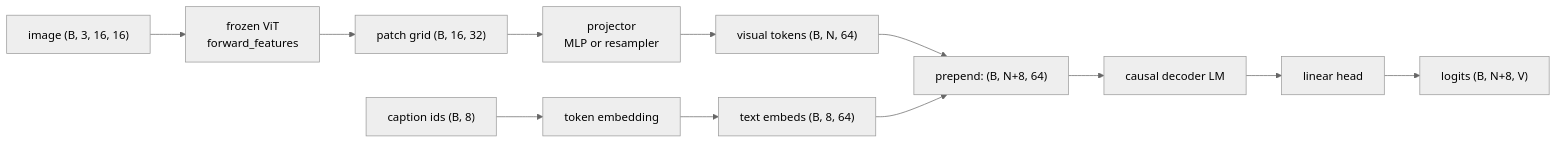
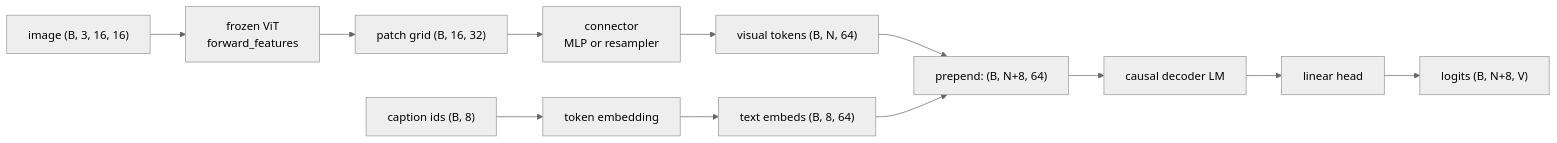
One commit to tanmaniac/nanovision changed the diagram in assignments/a08_vlm/README.md. Above: the diagram before and after it, drawn with Mermaid (neutral theme). The commit also changed other lines of this file and 3 other files, not shown here.

````diff
--- a/assignments/a08_vlm/README.md
+++ b/assignments/a08_vlm/README.md
@@ -40,14 +175,14 @@
 ```mermaid
 flowchart LR
     IMG["image (B, 3, 16, 16)"] --> VIT["frozen ViT<br/>forward_features"]
     VIT --> F["patch grid (B, 16, 32)"]
-    F --> P["projector<br/>MLP or resampler"]
+    F --> P["connector<br/>MLP or resampler"]
     P --> V["visual tokens (B, N, 64)"]
     TOK["caption ids (B, 8)"] --> EMB["token embedding"]
     EMB --> T["text embeds (B, 8, 64)"]
     V --> CAT["prepend: (B, N+8, 64)"]
     T --> CAT
     CAT --> DEC["causal decoder LM"]
     DEC --> HEAD["linear head"]
     HEAD --> LOG["logits (B, N+8, V)"]
 ```
````
